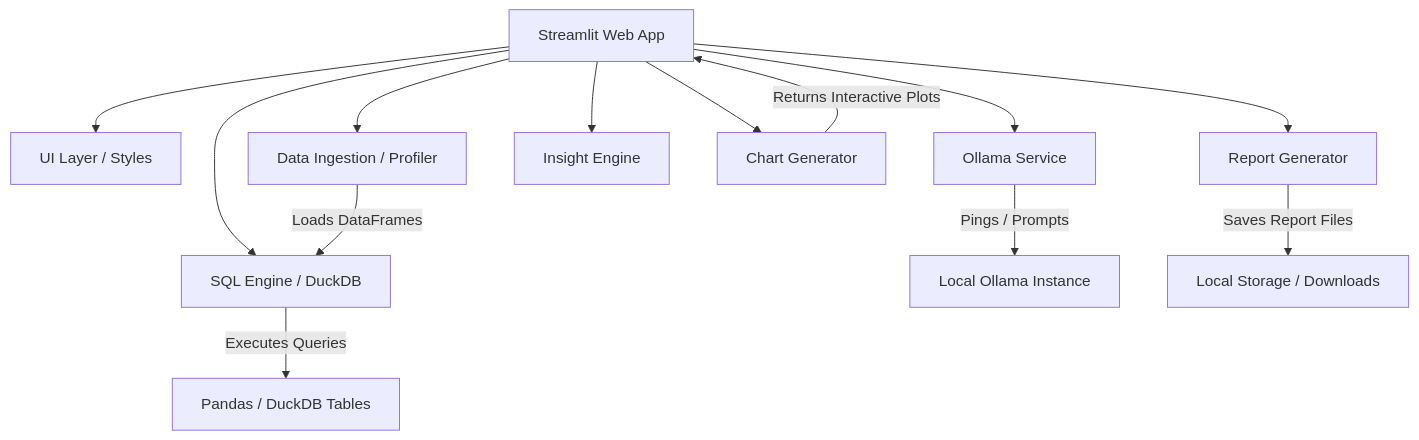
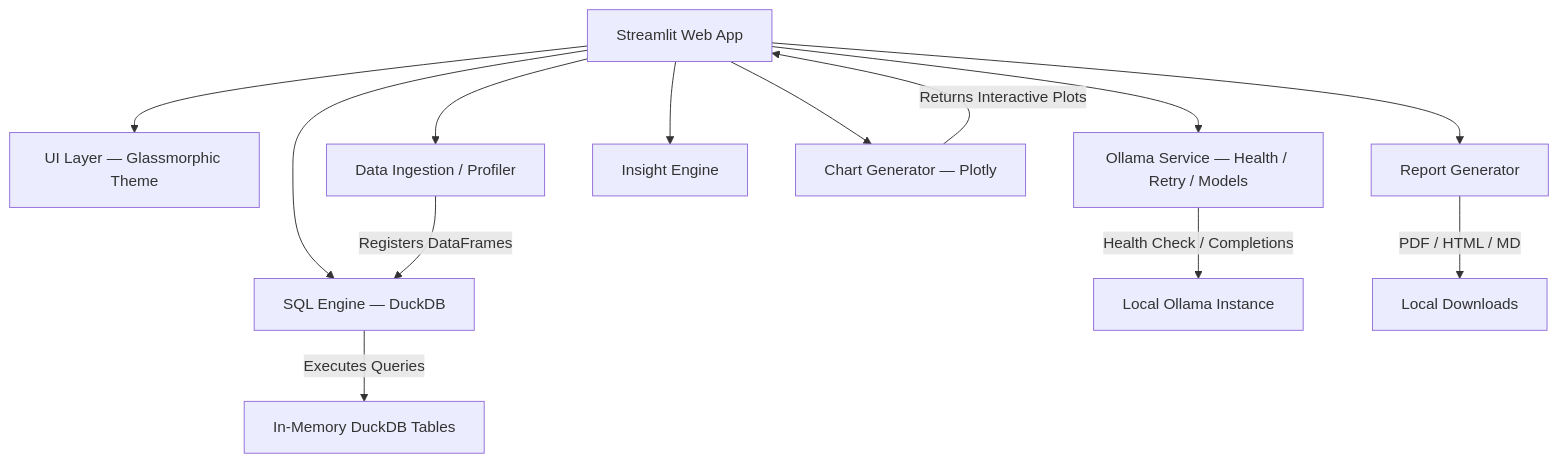
One commit to Krishna-Meena/LLM-Driven-Data-Analyst-Assistant changed the diagram in README.md. Above: the diagram before and after it, drawn with Mermaid. The commit also changed other lines of this file and 12 other files, not shown here.

````diff
--- a/README.md
+++ b/README.md
@@ -42,16 +82,16 @@
 ```mermaid
 graph TD
-    A[Streamlit Web App] --> B[UI Layer / Styles]
-    A --> C[Ollama Service]
+    A[Streamlit Web App] --> B[UI Layer — Glassmorphic Theme]
+    A --> C[Ollama Service — Health / Retry / Models]
     A --> D[Data Ingestion / Profiler]
-    A --> E[SQL Engine / DuckDB]
+    A --> E[SQL Engine — DuckDB]
     A --> F[Insight Engine]
-    A --> G[Chart Generator]
+    A --> G[Chart Generator — Plotly]
     A --> H[Report Generator]
     
-    C --> |Pings / Prompts| I[Local Ollama Instance]
-    D --> |Loads DataFrames| E
-    E --> |Executes Queries| J[Pandas / DuckDB Tables]
+    C --> |Health Check / Completions| I[Local Ollama Instance]
+    D --> |Registers DataFrames| E
+    E --> |Executes Queries| J[In-Memory DuckDB Tables]
     G --> |Returns Interactive Plots| A
-    H --> |Saves Report Files| K[Local Storage / Downloads]
+    H --> |PDF / HTML / MD| K[Local Downloads]
 ```
````
